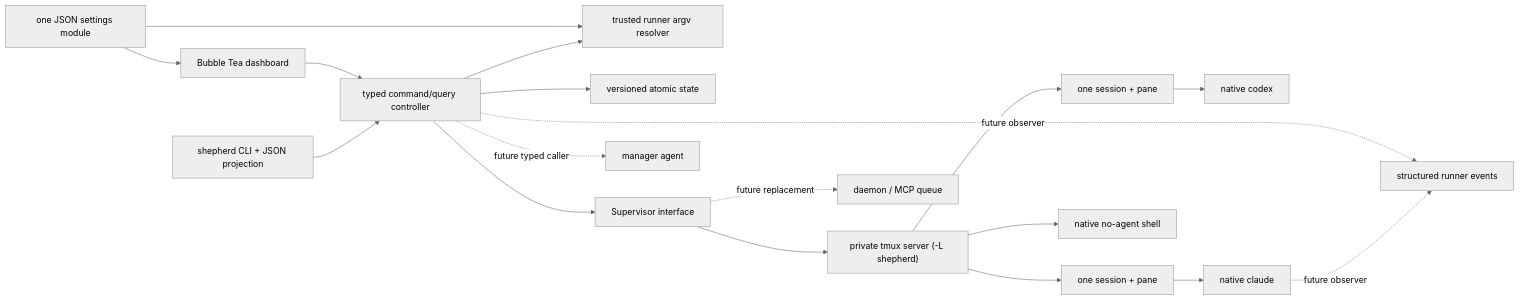
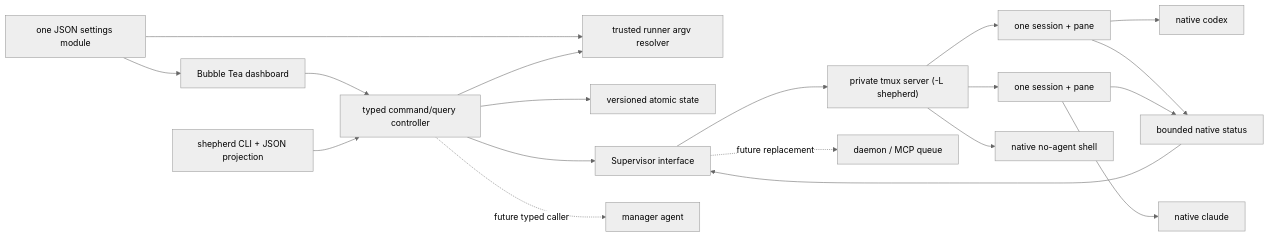
One commit to ez-gz/shepherd changed the diagram in docs/DESIGN.md. Above: the diagram before and after it, drawn with Mermaid (neutral theme). The commit also changed other lines of this file and 37 other files, not shown here.

````diff
--- a/docs/DESIGN.md
+++ b/docs/DESIGN.md
@@ -74,20 +74,21 @@
 ```mermaid
 flowchart LR
     UI["Bubble Tea dashboard"] --> C["typed command/query controller"]
     CLI["shepherd CLI + JSON projection"] --> C
     CFG["one JSON settings module"] --> UI
     CFG --> R["trusted runner argv resolver"]
     C --> R
     C --> DS["versioned atomic state"]
     C --> S["Supervisor interface"]
     S --> T["private tmux server (-L shepherd)"]
     T --> P1["one session + pane"]
     T --> P2["one session + pane"]
     P1 --> CX["native codex"]
     P2 --> A["native claude"]
     T --> SH["native no-agent shell"]
     C -. "future typed caller" .-> M["manager agent"]
     S -. "future replacement" .-> D["daemon / MCP queue"]
-    C -. "future observer" .-> O["structured runner events"]
-    A -. "future observer" .-> O
+    P1 --> O["bounded native status"]
+    P2 --> O
+    O --> S
 ```
````
